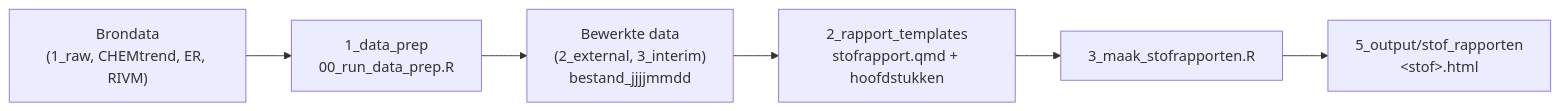
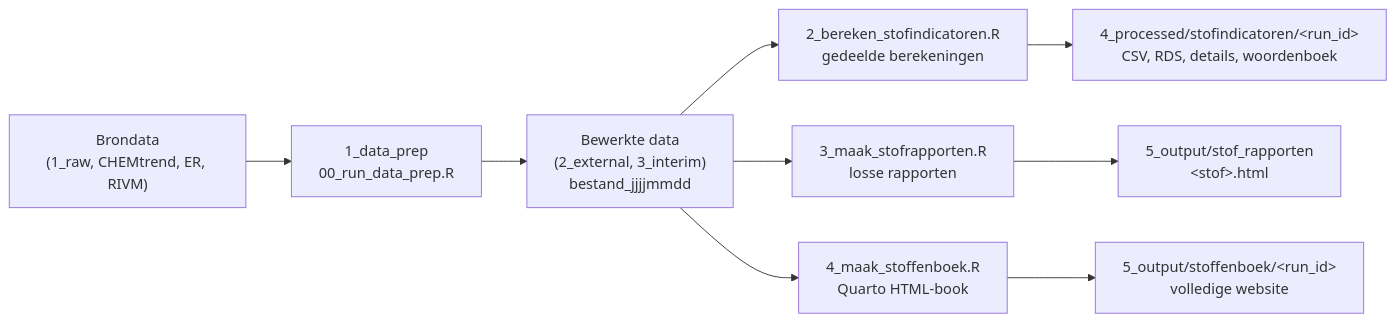
Before and after one commit to Deltares-research/KRWstofkompas: the diagram in README.md, drawn with Mermaid. The commit also changed other lines of this file and 18 other files, not shown here.

Commit message:
created ranking KRW stofkompas, and added summaries to each individual stofrapport. Added everything into a book

````diff
--- a/README.md
+++ b/README.md
@@ -8,8 +11,11 @@
 ```mermaid
 flowchart LR
   raw["Brondata<br/>(1_raw, CHEMtrend, ER, RIVM)"] --> prep["1_data_prep<br/>00_run_data_prep.R"]
   prep --> bewerkt["Bewerkte data<br/>(2_external, 3_interim)<br/>bestand_jjjjmmdd"]
-  bewerkt --> tpl["2_rapport_templates<br/>stofrapport.qmd + hoofdstukken"]
-  tpl --> run["3_maak_stofrapporten.R"]
-  run --> out["5_output/stof_rapporten<br/>&lt;stof&gt;.html"]
+  bewerkt --> ind["2_bereken_stofindicatoren.R<br/>gedeelde berekeningen"]
+  ind --> export["4_processed/stofindicatoren/&lt;run_id&gt;<br/>CSV, RDS, details, woordenboek"]
+  bewerkt --> rapport["3_maak_stofrapporten.R<br/>losse rapporten"]
+  bewerkt --> boek["4_maak_stoffenboek.R<br/>Quarto HTML-book"]
+  rapport --> out["5_output/stof_rapporten<br/>&lt;stof&gt;.html"]
+  boek --> publicatie["5_output/stoffenboek/&lt;run_id&gt;<br/>volledige website"]
 ```
````
